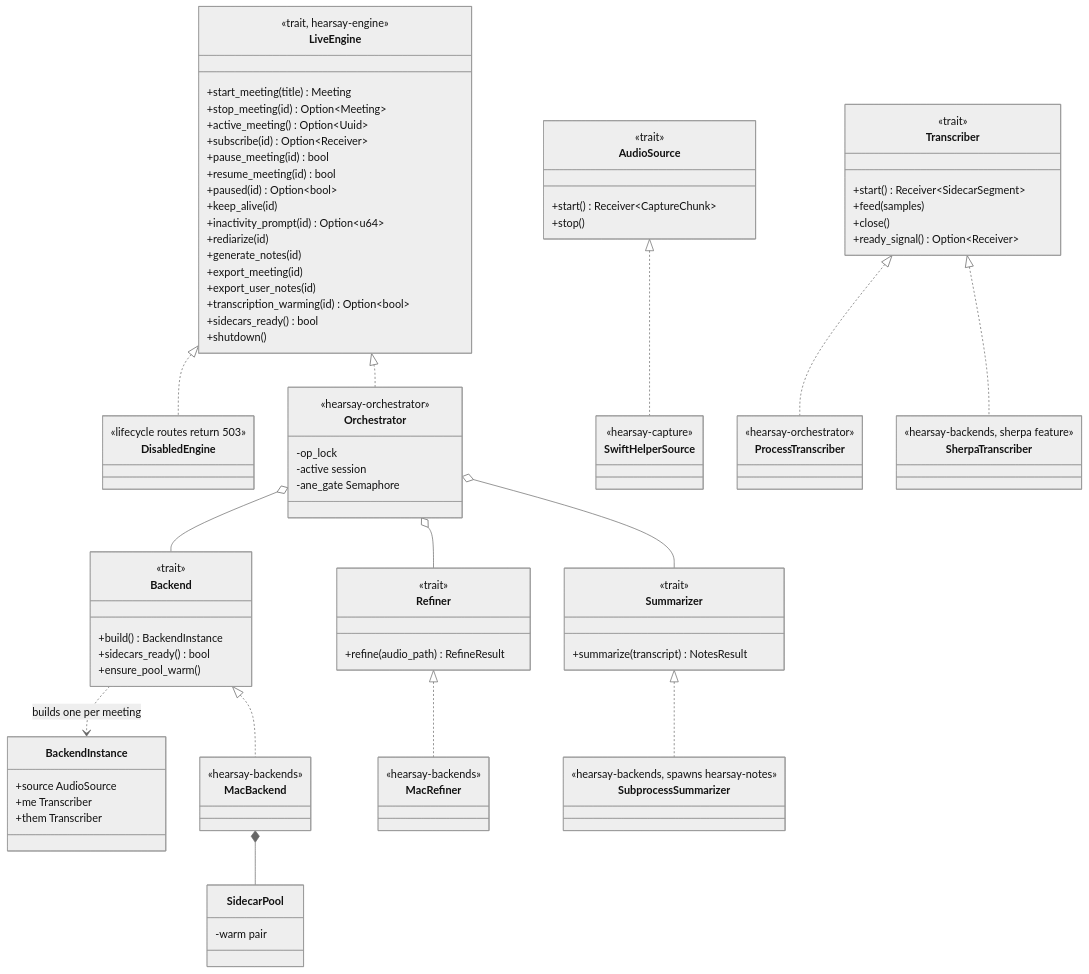
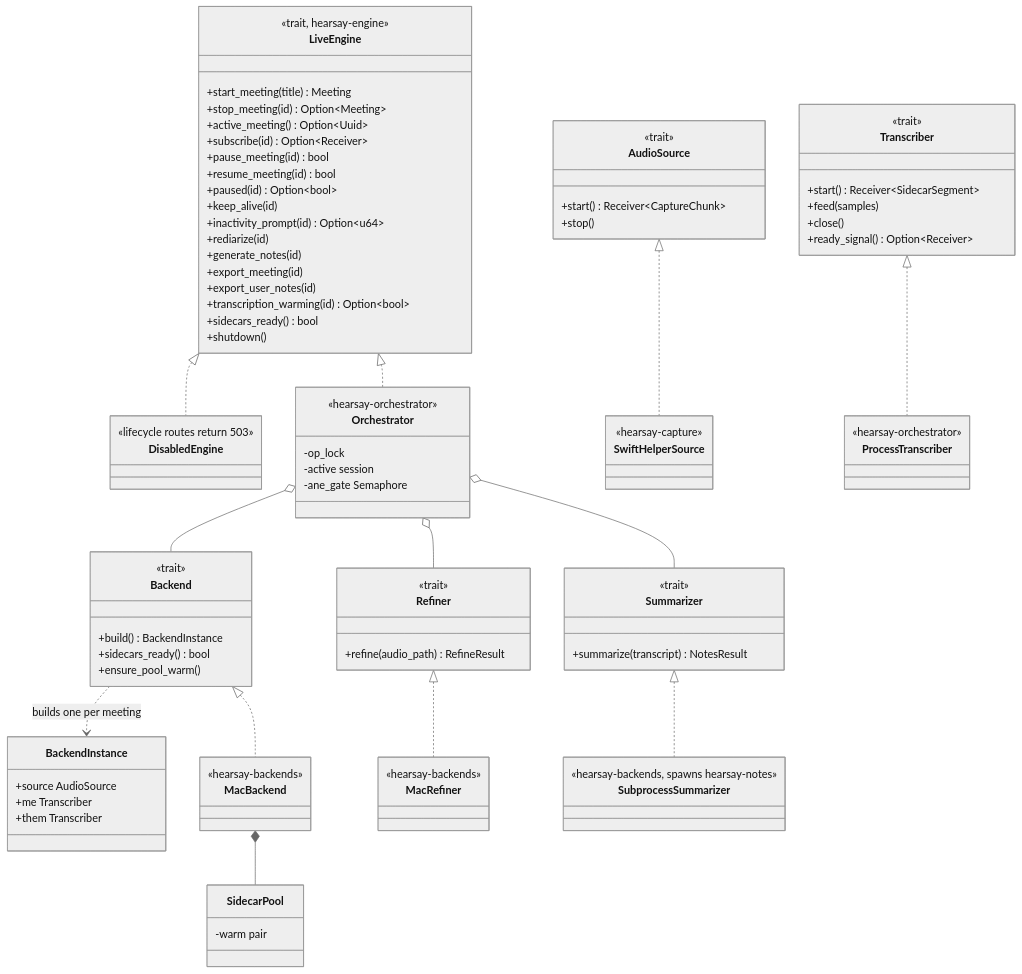
The third of 7 diagrams in docs/architecture.md (rwiseman87/hearsay), drawn with Mermaid (neutral theme) before and after one commit. The commit also changed other lines of this file and 69 other files, not shown here.

````diff
--- a/docs/architecture.md
+++ b/docs/architecture.md
@@ -238,14 +237,10 @@
     class ProcessTranscriber {
         <<hearsay-orchestrator>>
     }
-    class SherpaTranscriber {
-        <<hearsay-backends, sherpa feature>>
-    }
     Backend <|.. MacBackend
     MacBackend *-- SidecarPool
     Refiner <|.. MacRefiner
     Summarizer <|.. SubprocessSummarizer
     AudioSource <|.. SwiftHelperSource
     Transcriber <|.. ProcessTranscriber
-    Transcriber <|.. SherpaTranscriber
 ```
````
